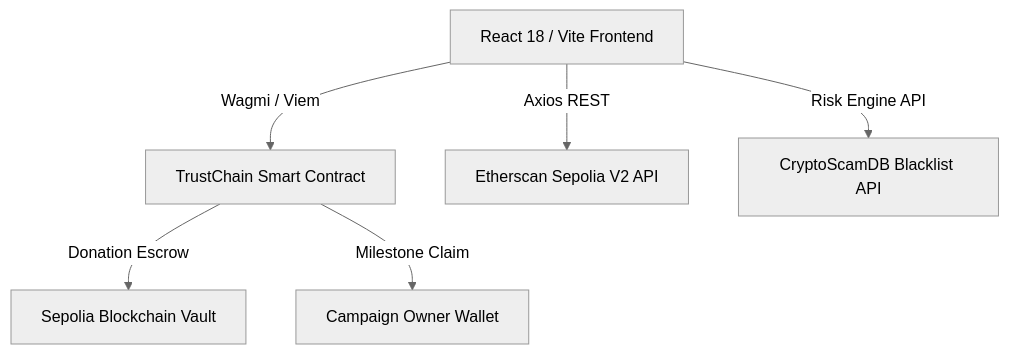
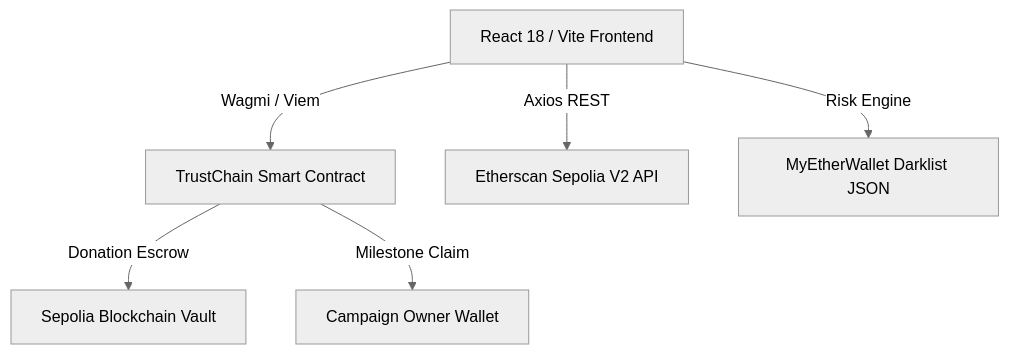
The diagram in README.md (JV-GG/TrustChain-FYP), drawn with Mermaid (neutral theme) before and after one commit. The commit also changed other lines of this file and 14 other files, not shown here.

Commit message:
Darklist blacklist, mainnet toggle, 12 contract tests, point-in-time evaluation

````diff
--- a/README.md
+++ b/README.md
@@ -49,8 +49,8 @@
 ```mermaid
 graph TD
     A[React 18 / Vite Frontend] -->|Wagmi / Viem| B[TrustChain Smart Contract]
     A -->|Axios REST| C[Etherscan Sepolia V2 API]
-    A -->|Risk Engine API| D[CryptoScamDB Blacklist API]
+    A -->|Risk Engine| D[MyEtherWallet Darklist JSON]
     B -->|Donation Escrow| E[Sepolia Blockchain Vault]
     B -->|Milestone Claim| F[Campaign Owner Wallet]
 ```
````
